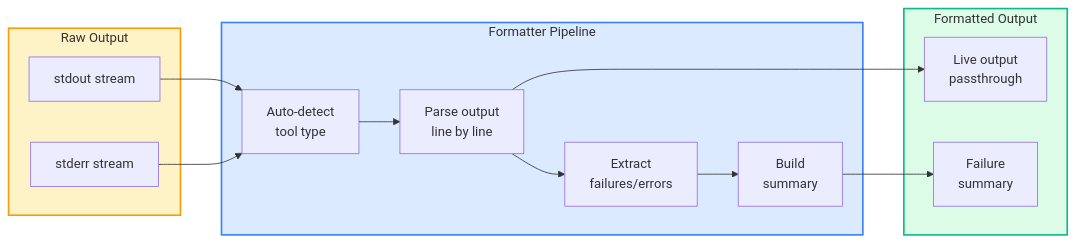
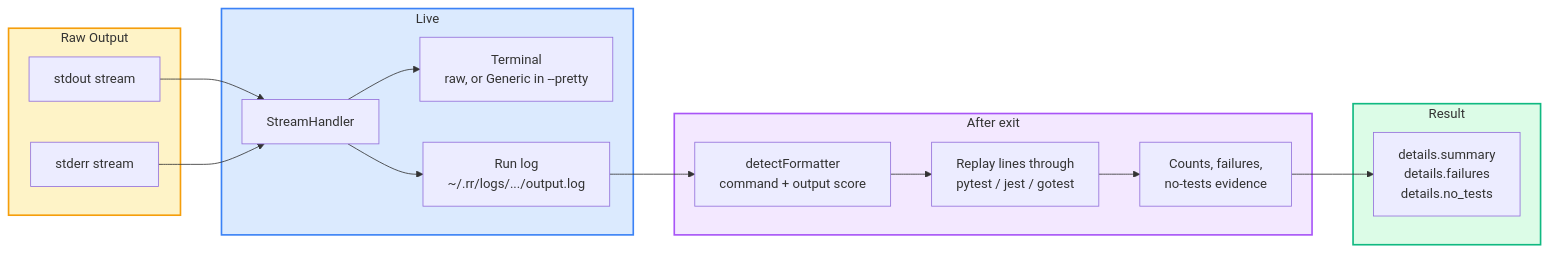
One commit to rileyhilliard/rr changed the seventh of 8 diagrams in docs/ARCHITECTURE.md. Above: the diagram before and after it, drawn with Mermaid. The commit also changed other lines of this file and 23 other files, not shown here.

````diff
--- a/docs/ARCHITECTURE.md
+++ b/docs/ARCHITECTURE.md
@@ -1193,31 +1416,37 @@
 ```mermaid
 flowchart LR
     subgraph input["Raw Output"]
         stdout[stdout stream]
         stderr[stderr stream]
     end
 
-    subgraph formatter["Formatter Pipeline"]
-        detect[Auto-detect<br/>tool type]
-        parse[Parse output<br/>line by line]
-        extract[Extract<br/>failures/errors]
-        summarize[Build<br/>summary]
+    subgraph live["Live"]
+        stream[StreamHandler]
+        term[Terminal<br/>raw, or Generic in --pretty]
+        log[Run log<br/>~/.rr/logs/.../output.log]
     end
 
-    subgraph output["Formatted Output"]
-        live[Live output<br/>passthrough]
-        summary[Failure<br/>summary]
+    subgraph post["After exit"]
+        detect[detectFormatter<br/>command + output score]
+        parse[Replay lines through<br/>pytest / jest / gotest]
+        extract[Counts, failures,<br/>no-tests evidence]
     end
 
-    stdout --> detect
-    stderr --> detect
+    subgraph result["Result"]
+        details[details.summary<br/>details.failures<br/>details.no_tests]
+    end
+
+    stdout --> stream
+    stderr --> stream
+    stream --> term
+    stream --> log
+    log --> detect
     detect --> parse
-    parse --> live
     parse --> extract
-    extract --> summarize
-    summarize --> summary
+    extract --> details
 
     style input fill:#fef3c7,stroke:#f59e0b,stroke-width:2px
-    style formatter fill:#dbeafe,stroke:#3b82f6,stroke-width:2px
-    style output fill:#dcfce7,stroke:#10b981,stroke-width:2px
+    style live fill:#dbeafe,stroke:#3b82f6,stroke-width:2px
+    style post fill:#f3e8ff,stroke:#a855f7,stroke-width:2px
+    style result fill:#dcfce7,stroke:#10b981,stroke-width:2px
 ```
````
